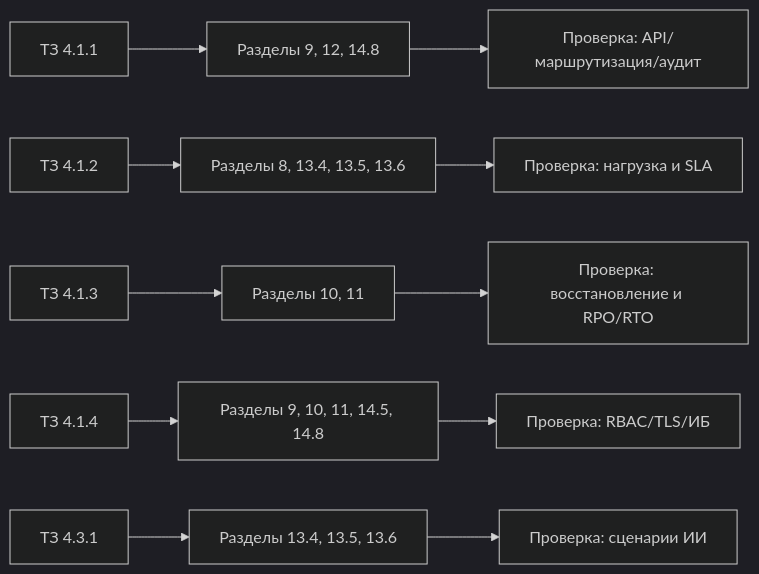
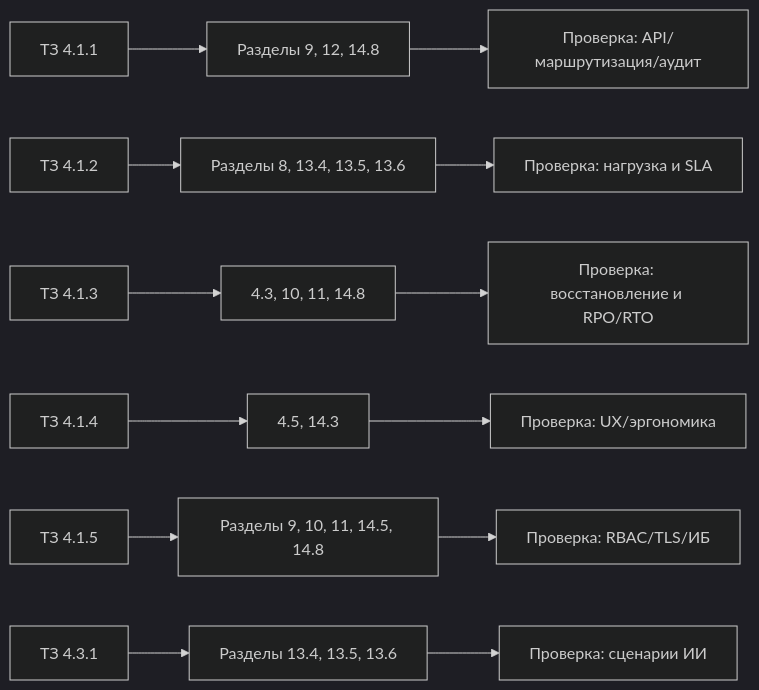
Before and after one commit to Trump68/infra: diagram 19 of 19 in TZ/1.Пояснительная записка к техническому проекту.md, drawn with Mermaid (dark theme). The commit also changed other lines of this file, not shown here.

````diff
--- a/TZ/1.Пояснительная записка к техническому проекту.md
+++ b/TZ/1.Пояснительная записка к техническому проекту.md
@@ -2675,14 +2785,16 @@
 ```mermaid
 flowchart LR
   t411["ТЗ 4.1.1"] --> rA["Разделы 9, 12, 14.8"]
   t412["ТЗ 4.1.2"] --> rB["Разделы 8, 13.4, 13.5, 13.6"]
-  t413["ТЗ 4.1.3"] --> rC["Разделы 10, 11"]
-  t414["ТЗ 4.1.4"] --> rD["Разделы 9, 10, 11, 14.5, 14.8"]
+  t413["ТЗ 4.1.3"] --> rC["4.3, 10, 11, 14.8"]
+  t414["ТЗ 4.1.4"] --> rCx["4.5, 14.3"]
+  t415["ТЗ 4.1.5"] --> rD["Разделы 9, 10, 11, 14.5, 14.8"]
   t431["ТЗ 4.3.1"] --> rE["Разделы 13.4, 13.5, 13.6"]
 
   rA --> vA["Проверка: API/маршрутизация/аудит"]
   rB --> vB["Проверка: нагрузка и SLA"]
   rC --> vC["Проверка: восстановление и RPO/RTO"]
+  rCx --> vCx["Проверка: UX/эргономика"]
   rD --> vD["Проверка: RBAC/TLS/ИБ"]
   rE --> vE["Проверка: сценарии ИИ"]
 ```
````
